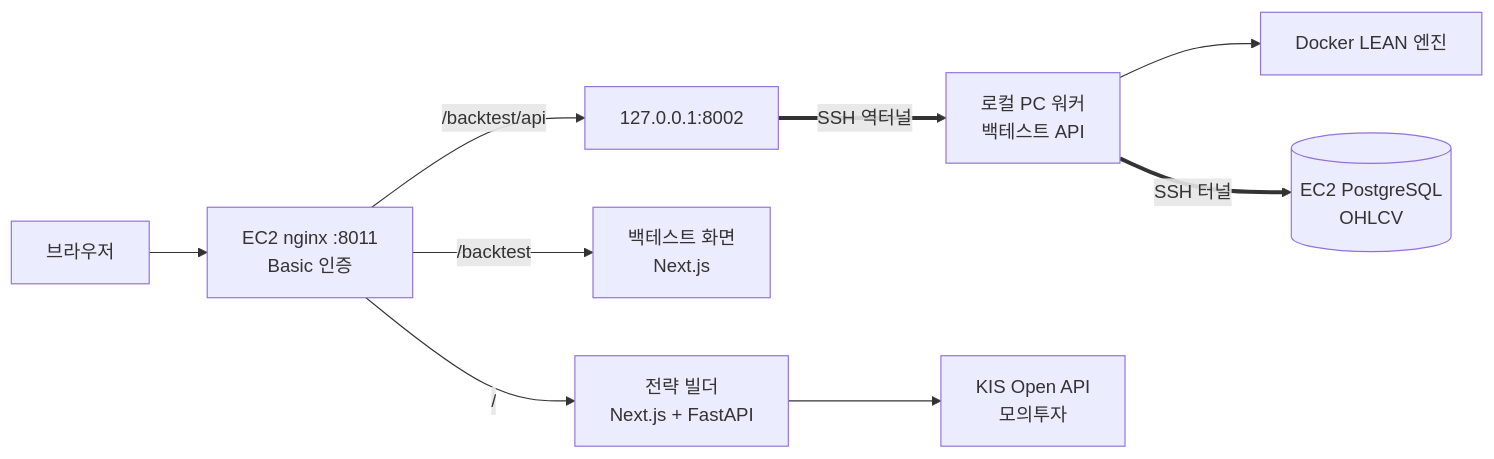
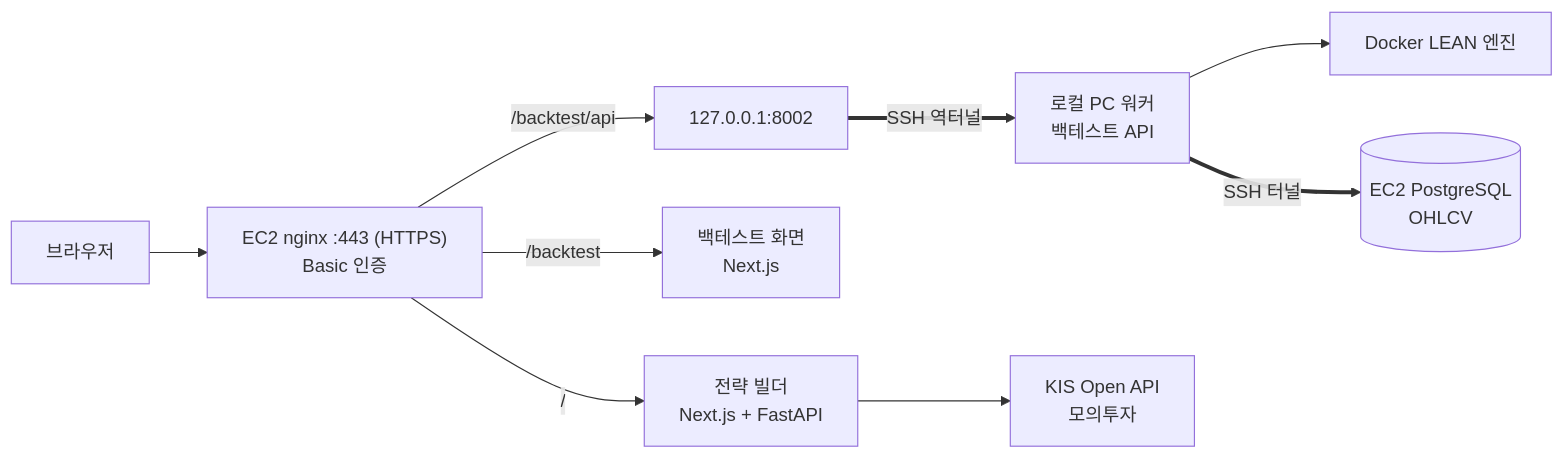
The first of 2 diagrams in README.md (zhanggu9/limson), drawn with Mermaid before and after one commit. The commit also changed other lines of this file and 5 other files, not shown here.

````diff
--- a/README.md
+++ b/README.md
@@ -27,11 +27,11 @@
 ```mermaid
 flowchart LR
-    U["브라우저"] --> N["EC2 nginx :8011<br/>Basic 인증"]
+    U["브라우저"] --> N["EC2 nginx :443 (HTTPS)<br/>Basic 인증"]
     N -->|"/"| SB["전략 빌더<br/>Next.js + FastAPI"]
     N -->|"/backtest"| BF["백테스트 화면<br/>Next.js"]
     N -->|"/backtest/api"| T["127.0.0.1:8002"]
     T ==>|"SSH 역터널"| W["로컬 PC 워커<br/>백테스트 API"]
     W --> L["Docker LEAN 엔진"]
     W ==>|"SSH 터널"| PG[("EC2 PostgreSQL<br/>OHLCV")]
     SB --> KIS["KIS Open API<br/>모의투자"]
 ```
````
